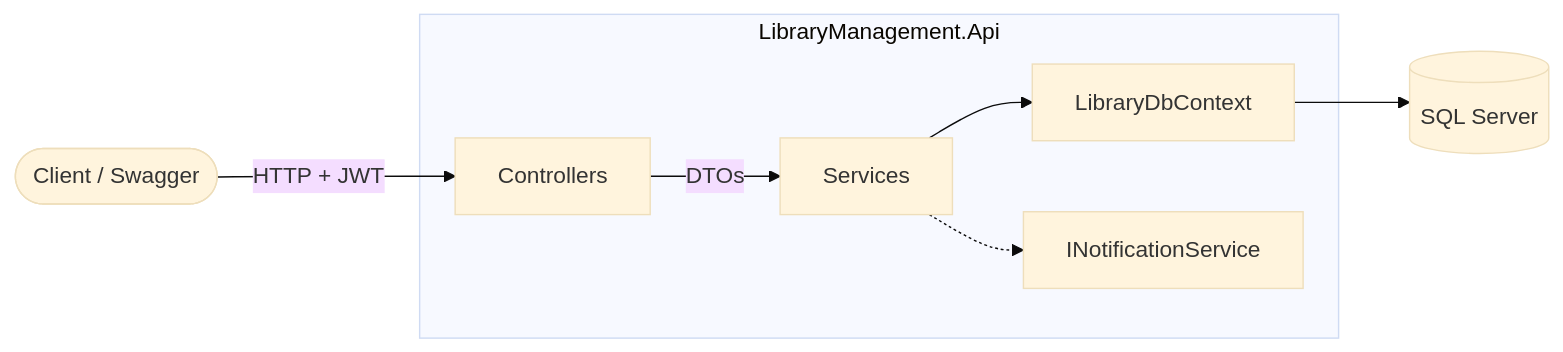
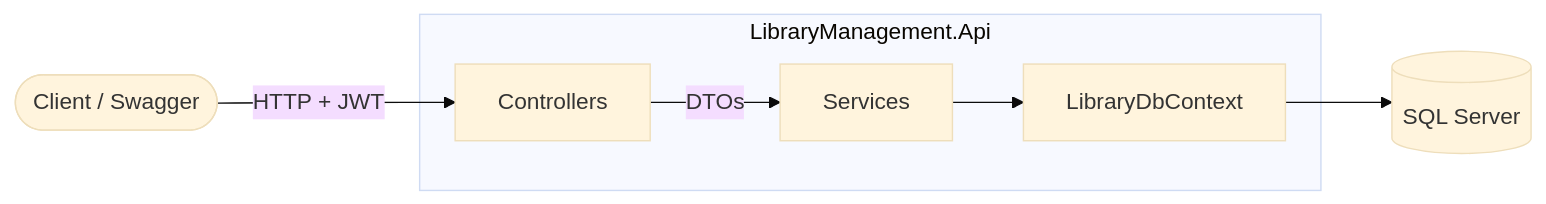
One commit to Rishabh893-ux/Library-Management-system changed the third of 4 diagrams in README.md. Above: the diagram before and after it, drawn with Mermaid (base theme). The commit also changed other lines of this file and 21 other files, not shown here.

````diff
--- a/README.md
+++ b/README.md
@@ -392,10 +389,9 @@
 ```mermaid
 flowchart LR
     Client([Client / Swagger]) -->|HTTP + JWT| Controllers
     subgraph API [LibraryManagement.Api]
         Controllers -->|DTOs| Services
         Services --> DbContext[LibraryDbContext]
-        Services -.-> Notify[INotificationService]
     end
     DbContext --> SQL[(SQL Server)]
 ```
````
